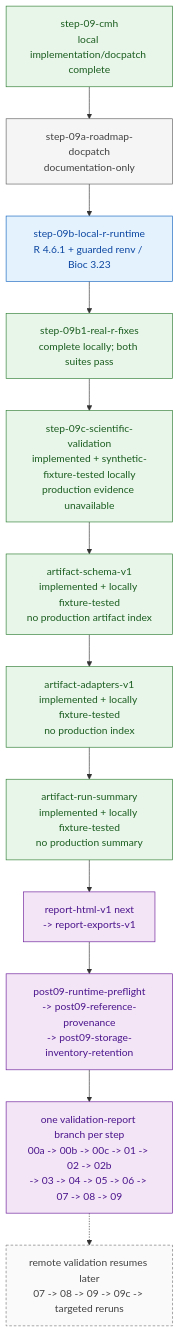
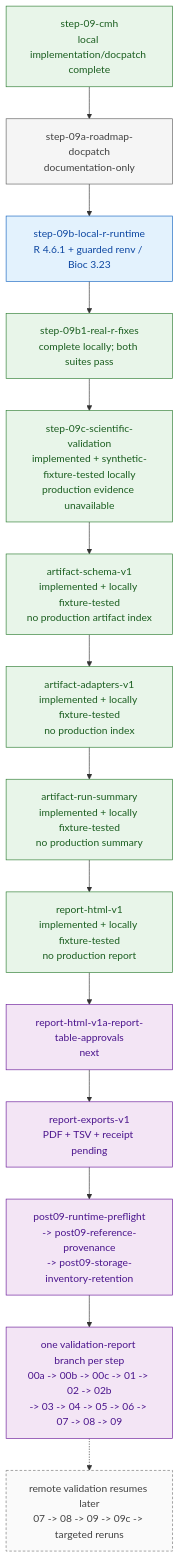
Before and after one commit to lab-cats/EMRYS: the first of 4 diagrams in docs/architecture/FUTURE_ARCHITECTURE.md, drawn with Mermaid. The commit also changed other lines of this file and 18 other files, not shown here.

Commit message:
report html v1 docpatch

````diff
--- a/docs/architecture/FUTURE_ARCHITECTURE.md
+++ b/docs/architecture/FUTURE_ARCHITECTURE.md
@@ -41,31 +49,33 @@
 ```mermaid
 flowchart TB
     classDef current fill:#e8f5e9,stroke:#2e7d32,color:#1b5e20
     classDef docs fill:#f5f5f5,stroke:#616161,color:#424242
     classDef runtime fill:#e3f2fd,stroke:#1565c0,color:#0d47a1
     classDef future fill:#f3e5f5,stroke:#6a1b9a,color:#4a148c
     classDef deferred fill:#fafafa,stroke:#757575,color:#424242,stroke-dasharray:4 3
 
     s09["step-09-cmh<br/>local implementation/docpatch complete"]
     s09a["step-09a-roadmap-docpatch<br/>documentation-only"]
     rlocal["step-09b-local-r-runtime<br/>R 4.6.1 + guarded renv / Bioc 3.23"]
     rfix["step-09b1-real-r-fixes<br/>complete locally; both suites pass"]
     science09c["step-09c-scientific-validation<br/>implemented + synthetic-fixture-tested locally<br/>production evidence unavailable"]
     artifact_schema["artifact-schema-v1<br/>implemented + locally fixture-tested<br/>no production artifact index"]
     artifact_adapters["artifact-adapters-v1<br/>implemented + locally fixture-tested<br/>no production index"]
     runsummary["artifact-run-summary<br/>implemented + locally fixture-tested<br/>no production summary"]
-    reports["report-html-v1 next<br/>-> report-exports-v1"]
+    reporthtml["report-html-v1<br/>implemented + locally fixture-tested<br/>no production report"]
+    approvals["report-html-v1a-report-table-approvals<br/>next"]
+    exports["report-exports-v1<br/>PDF + TSV + receipt pending"]
     foundations["post09-runtime-preflight<br/>-> post09-reference-provenance<br/>-> post09-storage-inventory-retention"]
     validators["one validation-report branch per step<br/>00a -> 00b -> 00c -> 01 -> 02 -> 02b<br/>-> 03 -> 04 -> 05 -> 06 -> 07 -> 08 -> 09"]
     remote["remote validation resumes later<br/>07 -> 08 -> 09 -> 09c -> targeted reruns"]
 
     s09 --> s09a --> rlocal --> rfix --> science09c
-    science09c --> artifact_schema --> artifact_adapters --> runsummary --> reports --> foundations --> validators
+    science09c --> artifact_schema --> artifact_adapters --> runsummary --> reporthtml --> approvals --> exports --> foundations --> validators
     validators -.-> remote
 
-    class s09,rfix,science09c,artifact_schema,artifact_adapters,runsummary current
+    class s09,rfix,science09c,artifact_schema,artifact_adapters,runsummary,reporthtml current
     class s09a docs
     class rlocal runtime
-    class reports,foundations,validators future
+    class approvals,exports,foundations,validators future
     class remote deferred
 ```
````
